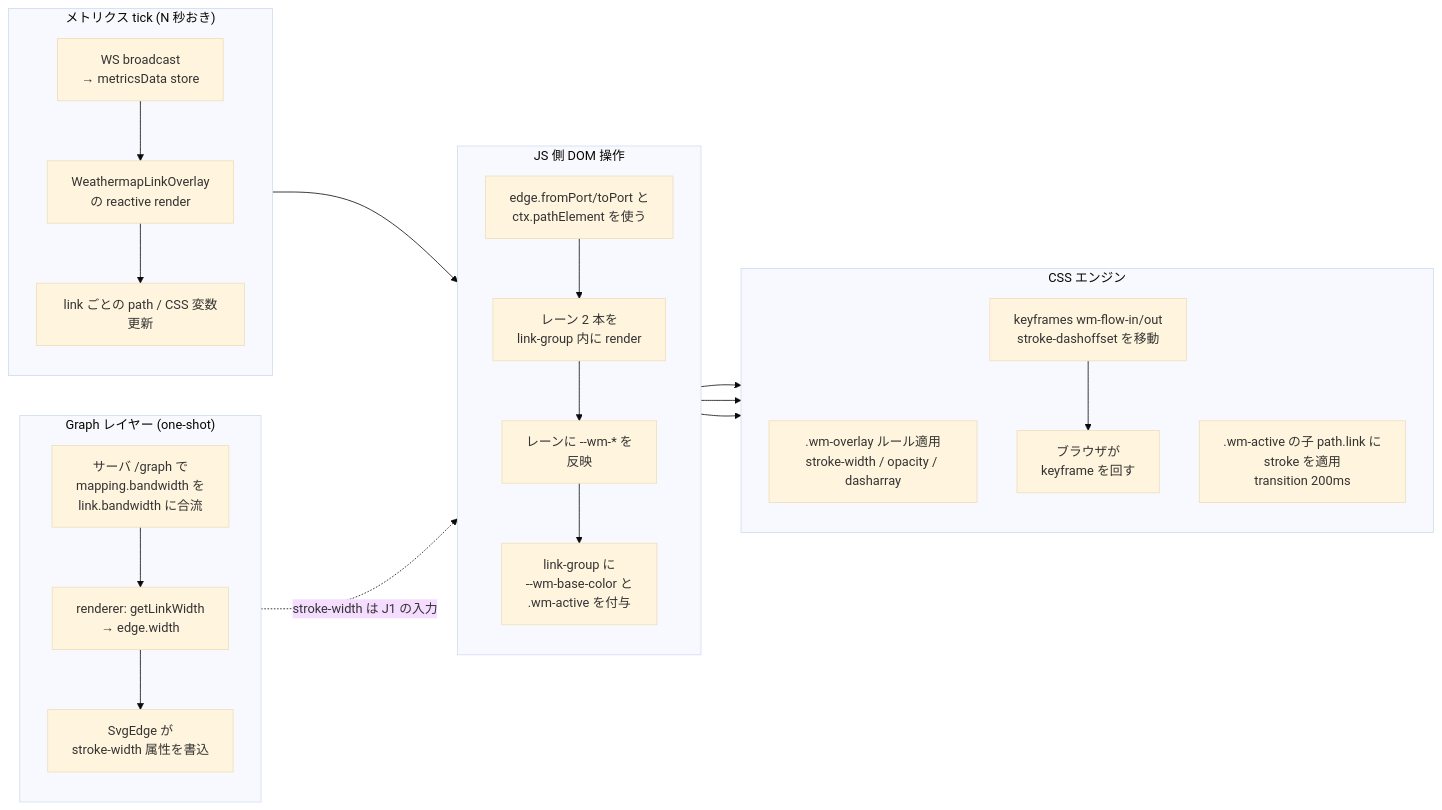
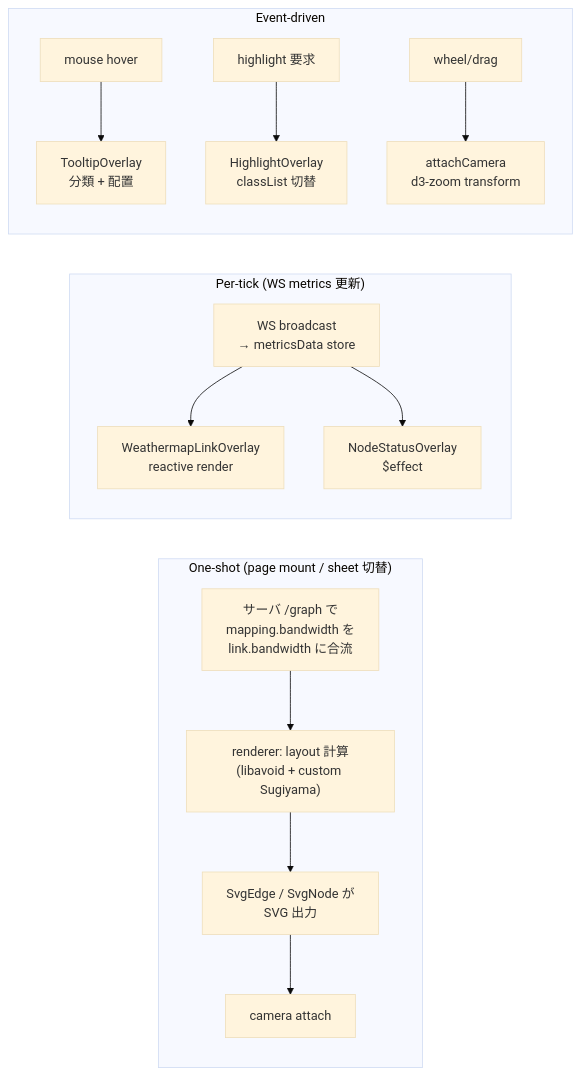
The sixth of 6 diagrams in apps/server/docs/topology-rendering.md (konoe-akitoshi/shumoku), drawn with Mermaid (base theme) before and after one commit. The commit also changed other lines of this file, not shown here.

````diff
--- a/apps/server/docs/topology-rendering.md
+++ b/apps/server/docs/topology-rendering.md
@@ -366,42 +376,27 @@
 ```mermaid
 flowchart LR
-  subgraph GRF["Graph レイヤー (one-shot)"]
+  subgraph ONESHOT["One-shot (page mount / sheet 切替)"]
     direction TB
     G1["サーバ /graph で<br/>mapping.bandwidth を<br/>link.bandwidth に合流"]
-    G2["renderer: getLinkWidth<br/>→ edge.width"]
-    G3["SvgEdge が<br/>stroke-width 属性を書込"]
-    G1 --> G2 --> G3
+    G2["renderer: layout 計算<br/>(libavoid + custom Sugiyama)"]
+    G3["SvgEdge / SvgNode が<br/>SVG 出力"]
+    G4["camera attach"]
+    G1 --> G2 --> G3 --> G4
   end
 
-  subgraph TICK["メトリクス tick (N 秒おき)"]
+  subgraph TICK["Per-tick (WS metrics 更新)"]
     direction TB
     T1["WS broadcast<br/>→ metricsData store"]
-    T2["WeathermapLinkOverlay<br/>の reactive render"]
-    T3["link ごとの path / CSS 変数更新"]
-    T1 --> T2 --> T3
+    T2A["WeathermapLinkOverlay<br/>reactive render"]
+    T2B["NodeStatusOverlay<br/>$effect"]
+    T1 --> T2A
+    T1 --> T2B
   end
 
-  subgraph JS_OPS["JS 側 DOM 操作"]
+  subgraph EVENT["Event-driven"]
     direction TB
-    J1["edge.fromPort/toPort と<br/>ctx.pathElement を使う"]
-    J2["レーン 2 本を<br/>link-group 内に render"]
-    J3["レーンに --wm-* を<br/>反映"]
-    J4["link-group に<br/>--wm-base-color と<br/>.wm-active を付与"]
-    J1 --> J2 --> J3 --> J4
+    E1["mouse hover"] --> E2["TooltipOverlay<br/>分類 + 配置"]
+    E3["highlight 要求"] --> E4["HighlightOverlay<br/>classList 切替"]
+    E5["wheel/drag"] --> E6["attachCamera<br/>d3-zoom transform"]
   end
-
-  subgraph CSS_ENGINE["CSS エンジン"]
-    direction TB
-    C1[".wm-overlay ルール適用<br/>stroke-width / opacity / dasharray"]
-    C2[".wm-active の子 path.link に<br/>stroke を適用<br/>transition 200ms"]
-    C3["keyframes wm-flow-in/out<br/>stroke-dashoffset を移動"]
-    C4["ブラウザが<br/>keyframe を回す"]
-    C3 --> C4
-  end
-
-  G3 -. stroke-width は J1 の入力 .-> J1
-  T3 --> J1
-  J3 --> C1
-  J3 --> C3
-  J4 --> C2
 ```
````
